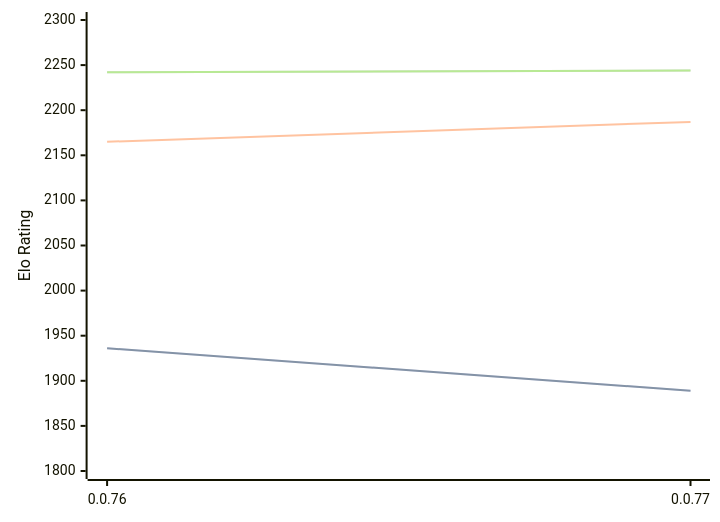
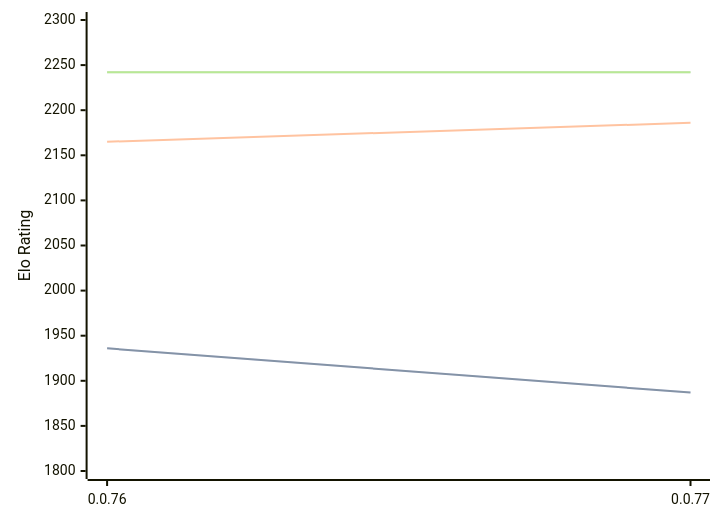
One commit to computer-chess-index/cci changed the diagram in engines/Fktb.md. Above: the diagram before and after it, drawn with Mermaid. The commit also changed other lines of this file, not shown here.

Commit message:
Update CCI Ratings (ELO VLTC) - 2026-03-23

````diff
--- a/engines/Fktb.md
+++ b/engines/Fktb.md
@@ -32,11 +32,11 @@
 ```mermaid
 %%{init: {"theme":"base","themeVariables":{"seriesColors:['#a3a3a3','#222221','#faa371']}}}%%
 xychart-beta
   x-axis ["0.0.76", "0.0.77"]
   y-axis "Elo Rating" 1800 --> 2300
-  line "STC (8.0+0.08s)" [1936, 1889]
-  line "STC (8.0+0.08s)" [1936, 1889]
-  line "LTC (60.0+0.60s)" [2165, 2187]
-  line "VLTC (2m24s+1.12s)" [2242, 2244]
-  line "VLTC (2m24s+1.12s)" [2242, 2244]
+  line "STC (8.0+0.08s)" [1936, 1887]
+  line "STC (8.0+0.08s)" [1936, 1887]
+  line "LTC (60.0+0.60s)" [2165, 2186]
+  line "VLTC (2m24s+1.12s)" [2242, 2242]
+  line "VLTC (2m24s+1.12s)" [2242, 2242]
 ```
````
